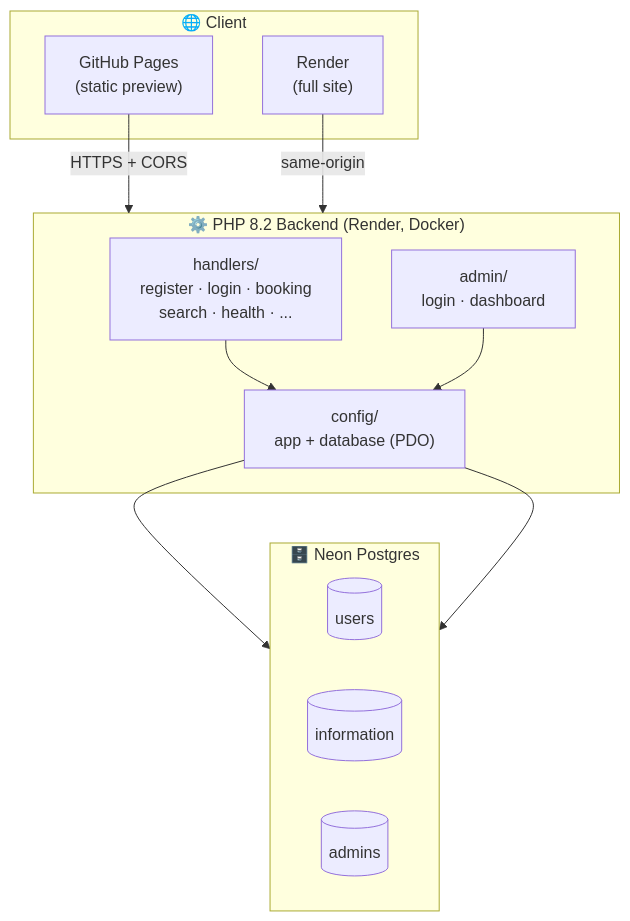
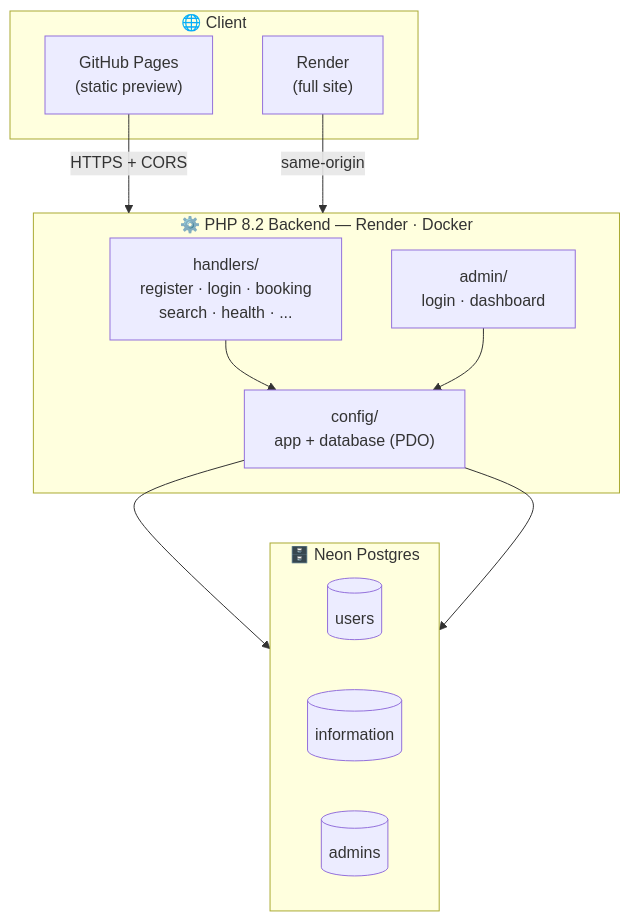
The first of 4 diagrams in README.md (mahfuj735/TourAndTravelTouch), drawn with Mermaid before and after one commit. The commit also changed other lines of this file and 1 other file, not shown here.

Commit message:
docs: premium README (hero, collapsibles, badges, FAQ, roadmap) + MIT LICENSE

````diff
--- a/README.md
+++ b/README.md
@@ -140,21 +203,21 @@
 ```mermaid
 flowchart TB
     subgraph Client["🌐 Client"]
         PAGES["GitHub Pages<br/>(static preview)"]
         RENDER_WWW["Render<br/>(full site)"]
     end
-    subgraph Backend["⚙️ PHP 8.2 Backend (Render, Docker)"]
+    subgraph Backend["⚙️ PHP 8.2 Backend — Render · Docker"]
         HAND["handlers/<br/>register · login · booking<br/>search · health · ..."]
         ADMIN["admin/<br/>login · dashboard"]
         CFG["config/<br/>app + database (PDO)"]
     end
     subgraph Data["🗄️ Neon Postgres"]
         USR[("users")]
         BOOK[("information")]
         ADM[("admins")]
     end
     PAGES -->|"HTTPS + CORS"| Backend
     RENDER_WWW -->|"same-origin"| Backend
     HAND --> CFG --> Data
     ADMIN --> CFG --> Data
 ```
````
